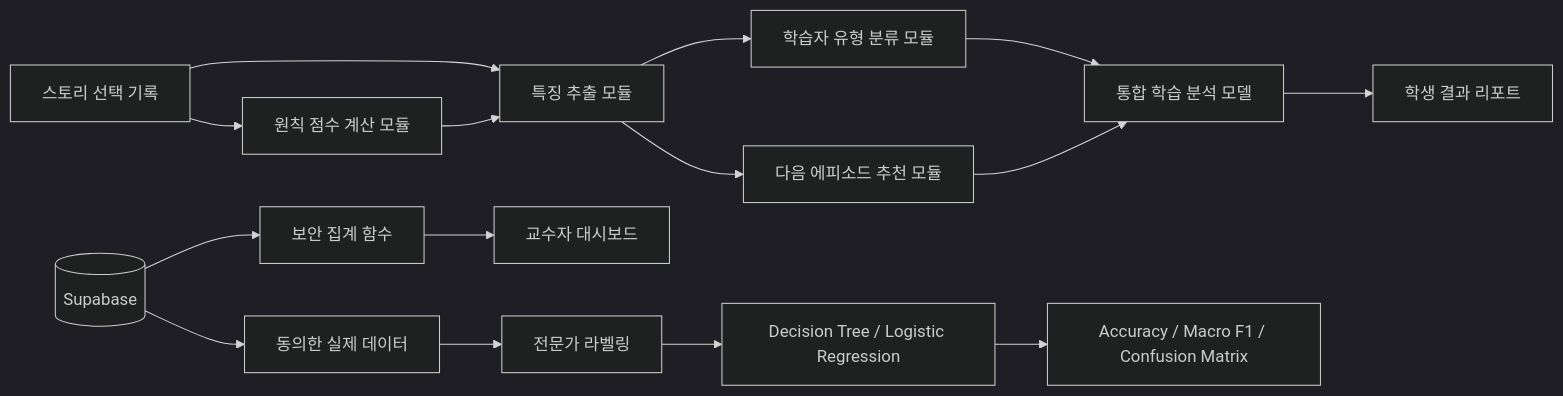
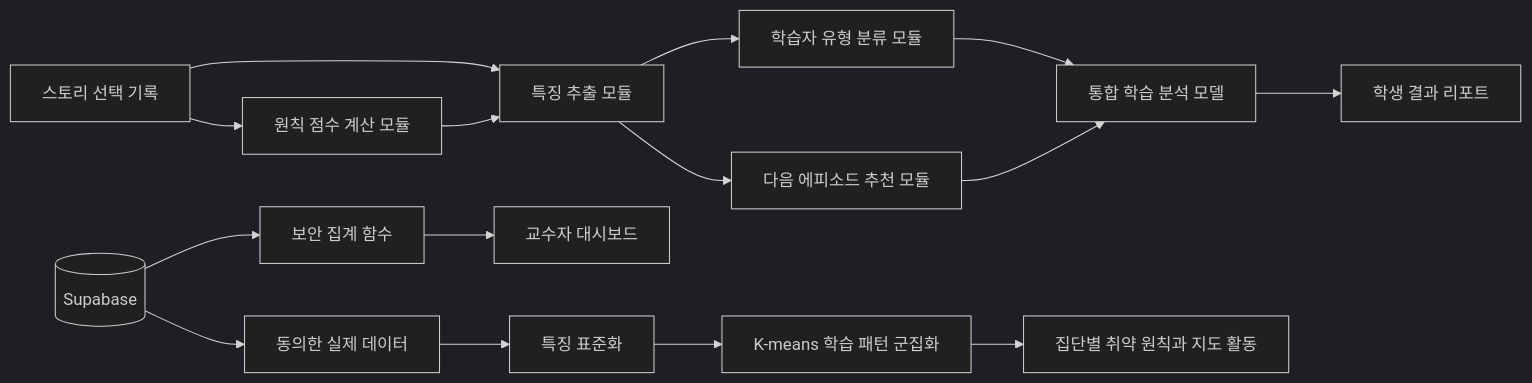
Before and after one commit to jye1225/twAIve-2026: the diagram in docs/ARCHITECTURE.md, drawn with Mermaid (dark theme). The commit also changed other lines of this file and 13 other files, not shown here.

````diff
--- a/docs/ARCHITECTURE.md
+++ b/docs/ARCHITECTURE.md
@@ -5,18 +5,18 @@
 ```mermaid
 flowchart LR
     A[스토리 선택 기록] --> B[원칙 점수 계산 모듈]
     A --> C[특징 추출 모듈]
     B --> C
     C --> D[학습자 유형 분류 모듈]
     C --> E[다음 에피소드 추천 모듈]
     D --> F[통합 학습 분석 모델]
     E --> F
     F --> G[학생 결과 리포트]
 
     H[(Supabase)] --> I[보안 집계 함수]
     I --> J[교수자 대시보드]
     H --> K[동의한 실제 데이터]
-    K --> L[전문가 라벨링]
-    L --> M[Decision Tree / Logistic Regression]
-    M --> N[Accuracy / Macro F1 / Confusion Matrix]
+    K --> L[특징 표준화]
+    L --> M[K-means 학습 패턴 군집화]
+    M --> N[집단별 취약 원칙과 지도 활동]
 ```
````
